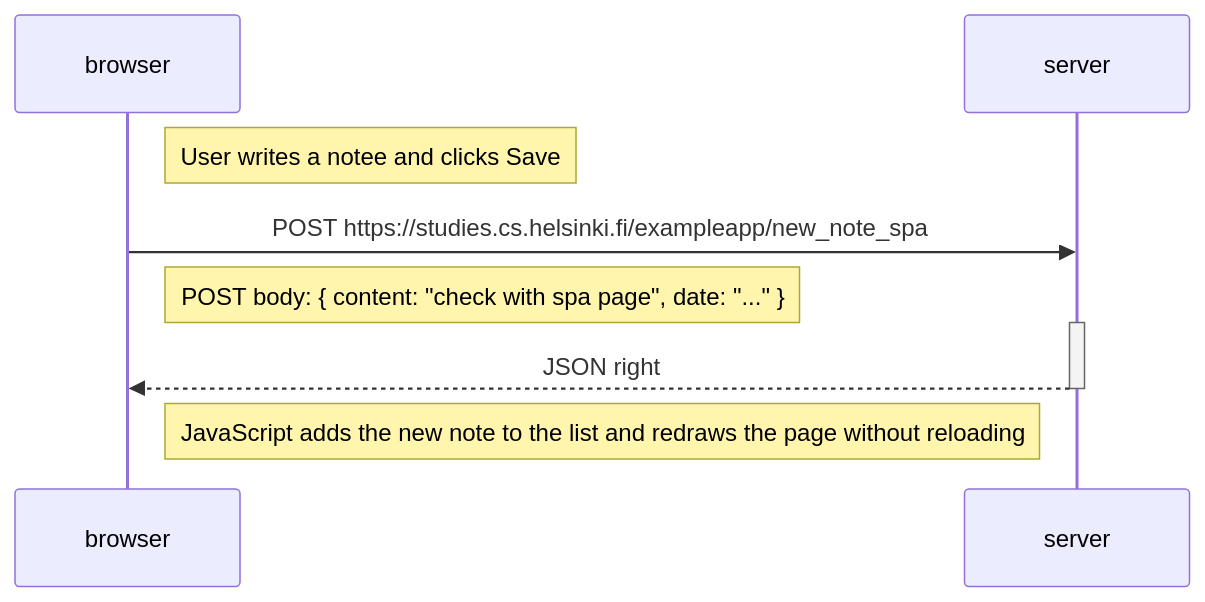
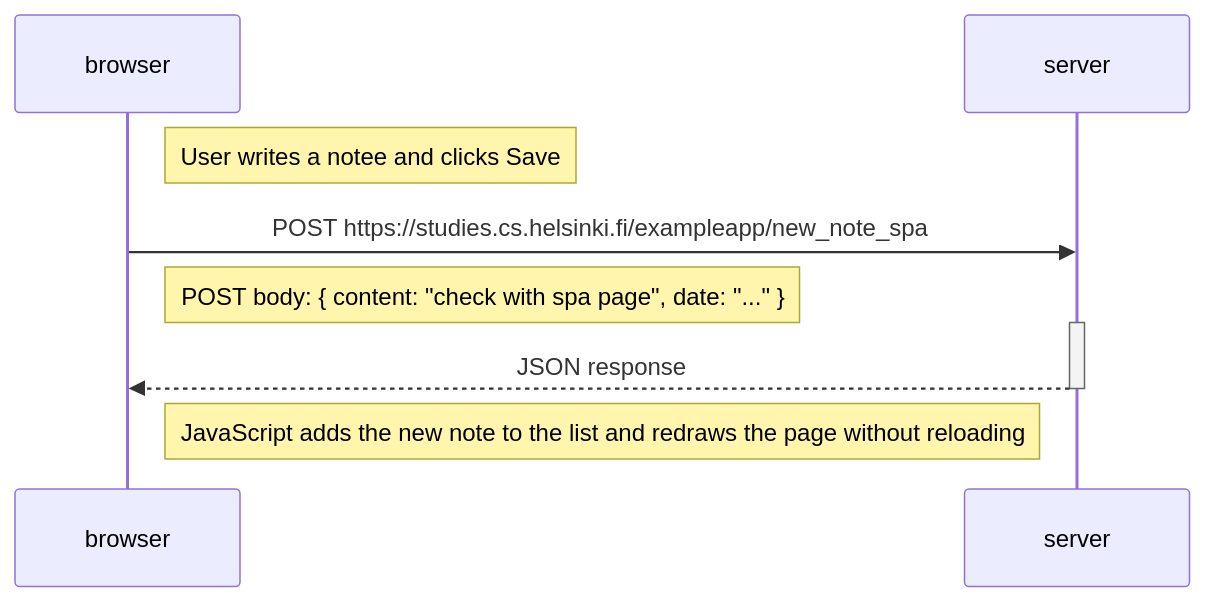
The diagram in 0_Basics/0.6_new_note_in_single_page_app_diagram/diagram.md (PiyushGG18/fullstackopen), drawn with Mermaid before and after one commit.

Commit message:
Fix typo
there was spelling issue in 0.6_new_note_in_single_page_app_diagram's
diagram md file which has been fixed in the following commit.

````diff
--- a/0_Basics/0.6_new_note_in_single_page_app_diagram/diagram.md
+++ b/0_Basics/0.6_new_note_in_single_page_app_diagram/diagram.md
@@ -1,15 +1,15 @@
 ```mermaid
   sequenceDiagram
     participant browser
     participant server
 
     Note right of browser: User writes a notee and clicks Save
 
     browser->>server: POST https://studies.cs.helsinki.fi/exampleapp/new_note_spa
     Note right of browser: POST body: { content: "check with spa page", date: "..." }
     activate server
-    server-->>browser: JSON right
+    server-->>browser: JSON response
     deactivate server
 
     Note right of browser: JavaScript adds the new note to the list and redraws the page without reloading
 ```
````
